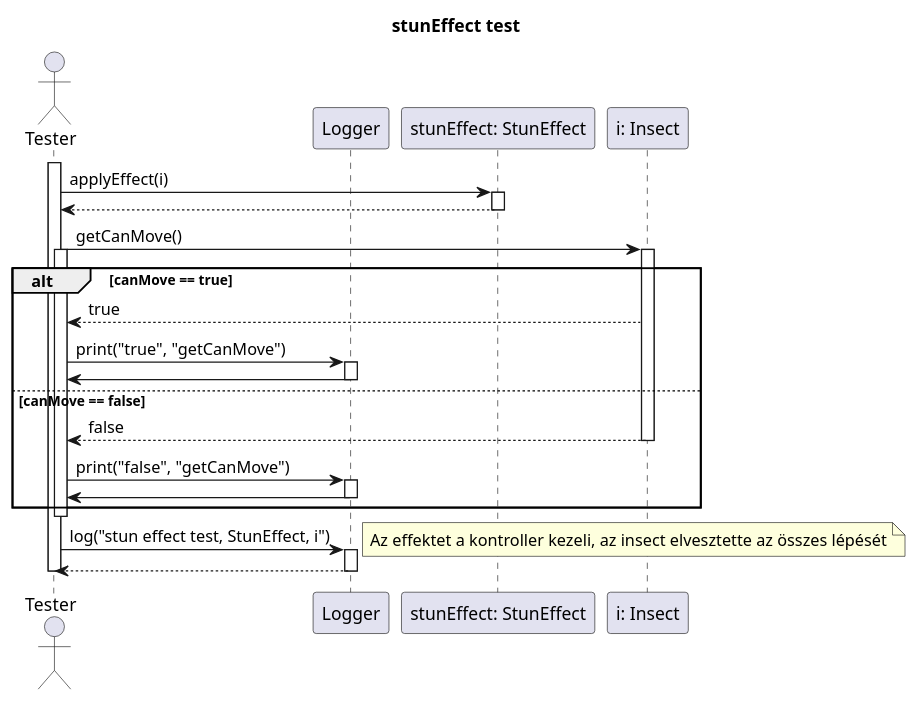
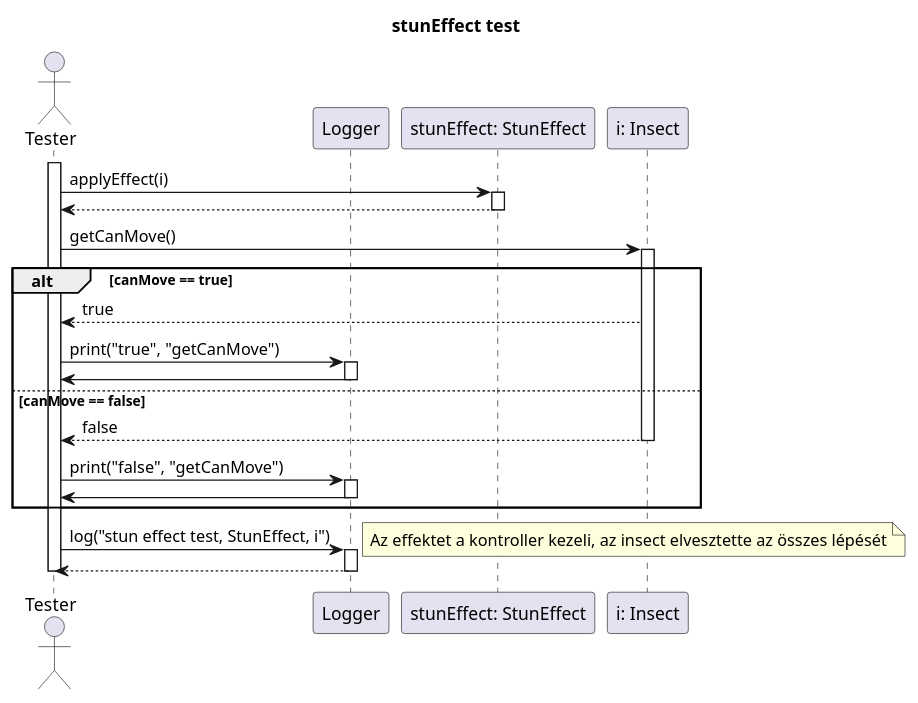
Before and after one commit to dzsem/projlab: the diagram in diagrams/test-sequence/stunEffect.plantuml, drawn with PlantUML.

Commit message:
Remove double lifeline from stunEffect test seq diagram

```diff
--- a/diagrams/test-sequence/stunEffect.plantuml
+++ b/diagrams/test-sequence/stunEffect.plantuml
@@ -1,52 +1,50 @@
 @startuml stunEffect
 
 title stunEffect test
 
 actor Tester as tester
 
 participant "Logger" as logger
 participant "stunEffect: StunEffect" as speed
 participant "i: Insect" as insect
 
 activate tester
 
 tester -> speed: applyEffect(i)
 activate speed
 
 speed --> tester
 deactivate speed
 
 tester -> insect: getCanMove()
 activate insect
-activate tester
 
 alt canMove == true
 
-insect --> tester: true
-tester -> logger: print("true", "getCanMove")
-activate logger
-logger -> tester
-deactivate logger
+	insect --> tester: true
+	tester -> logger: print("true", "getCanMove")
+	activate logger
+	logger -> tester
+	deactivate logger
 
 else canMove == false
 
-insect --> tester: false
-deactivate insect
-tester -> logger: print("false", "getCanMove")
-activate logger
-logger -> tester
-deactivate logger
+	insect --> tester: false
+	deactivate insect
+	tester -> logger: print("false", "getCanMove")
+	activate logger
+	logger -> tester
+	deactivate logger
 
 end
-deactivate tester
 
 tester -> logger: log("stun effect test, StunEffect, i")
 note right: Az effektet a kontroller kezeli, az insect elvesztette az összes lépését
 activate logger
 
 logger--> tester
 deactivate logger
 
 deactivate tester
 
 @enduml
```
